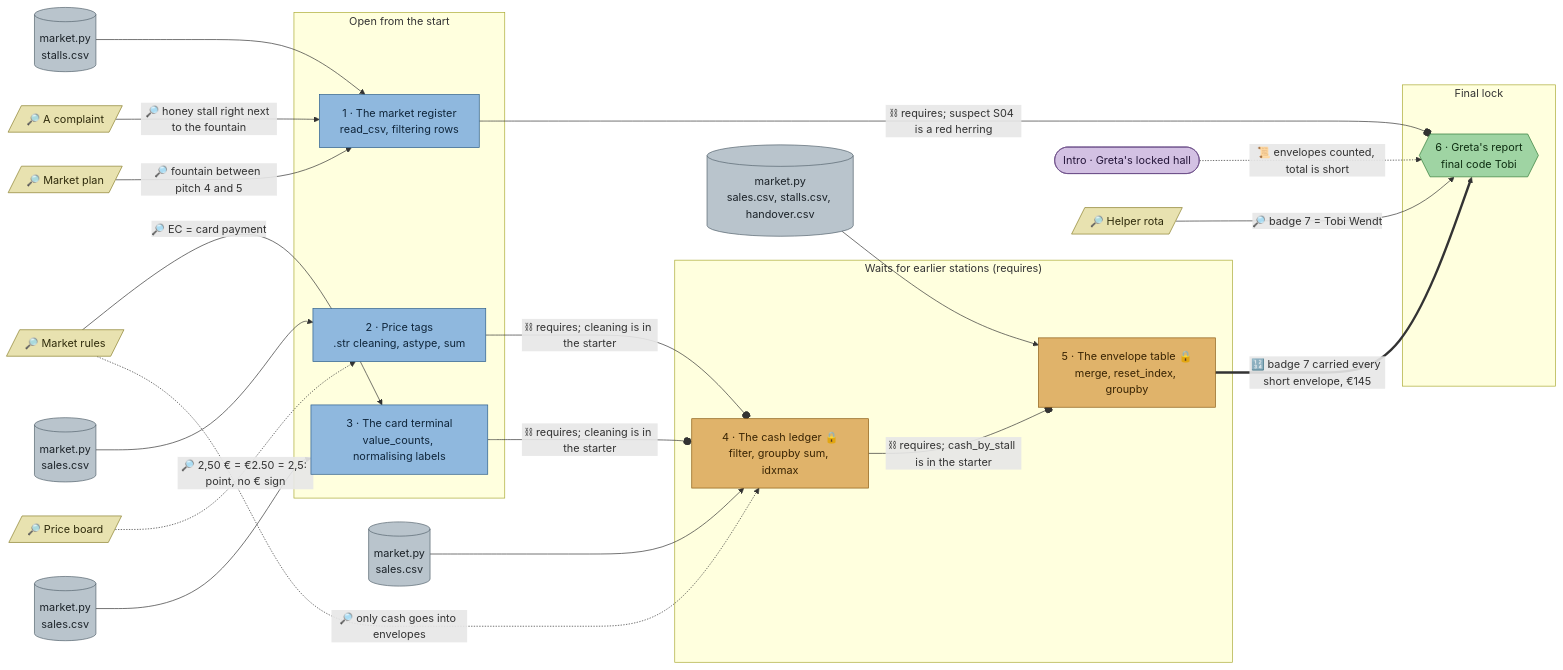
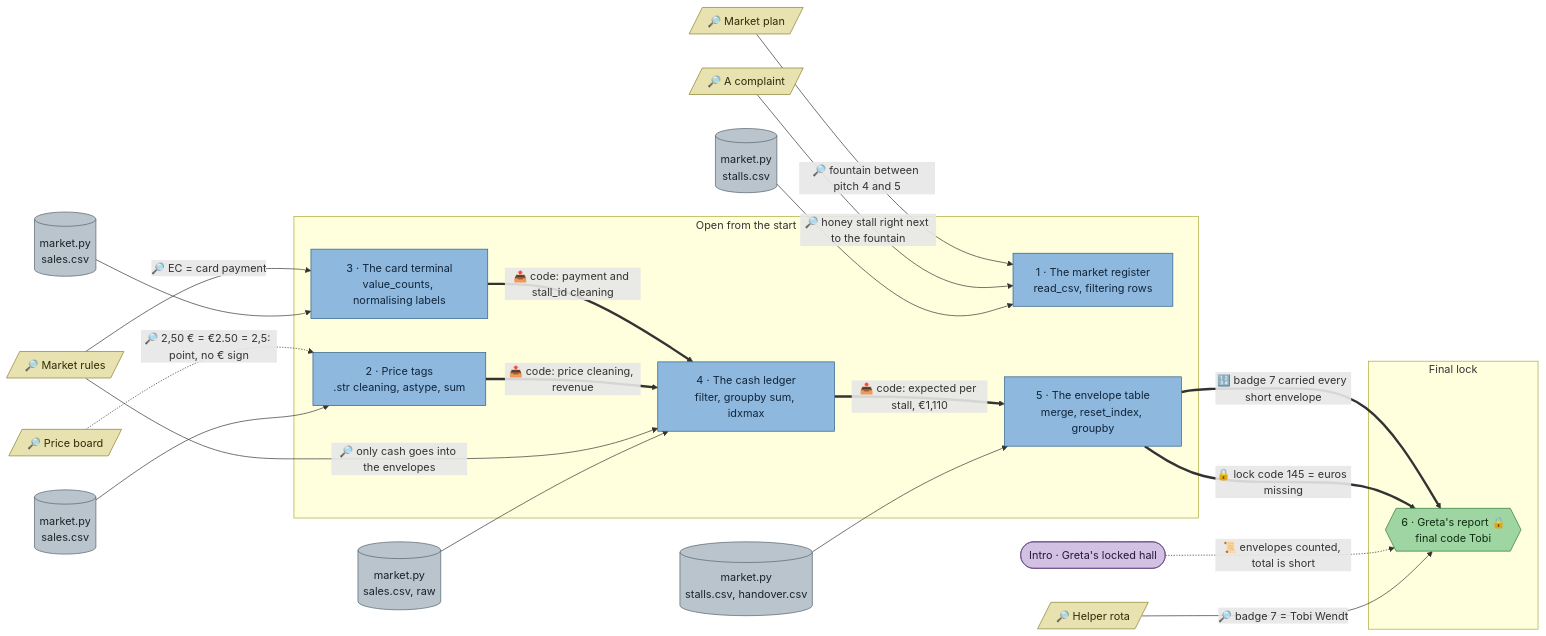
The diagram in docs/flows/pandas-market.md (mhoffmann-wbs/DataScienceEscapeRooms), drawn with Mermaid before and after one commit. The commit also changed other lines of this file and 4 other files, not shown here.

Commit message:
Market Day: ledger and envelopes need the earlier stations' code; report behind a code lock

````diff
--- a/docs/flows/pandas-market.md
+++ b/docs/flows/pandas-market.md
@@ -5,65 +5,60 @@
 ```mermaid
 flowchart LR
   intro(["Intro · Greta's locked hall"])
 
   marketplan[/"🔎 Market plan"/]
   complaint[/"🔎 A complaint"/]
   priceboard[/"🔎 Price board"/]
   marketrules[/"🔎 Market rules"/]
   rota[/"🔎 Helper rota"/]
 
   d_register[("market.py<br/>stalls.csv")]
   d_pricetags[("market.py<br/>sales.csv")]
   d_cardterminal[("market.py<br/>sales.csv")]
-  d_ledger[("market.py<br/>sales.csv")]
-  d_envelopes[("market.py<br/>sales.csv, stalls.csv, handover.csv")]
+  d_ledger[("market.py<br/>sales.csv, raw")]
+  d_envelopes[("market.py<br/>stalls.csv, handover.csv")]
 
   subgraph p1["Open from the start"]
     register["1 · The market register<br/>read_csv, filtering rows"]
     pricetags["2 · Price tags<br/>.str cleaning, astype, sum"]
     cardterminal["3 · The card terminal<br/>value_counts, normalising labels"]
-  end
-
-  subgraph p2["Waits for earlier stations (requires)"]
-    ledger["4 · The cash ledger 🔒<br/>filter, groupby sum, idxmax"]
-    envelopes["5 · The envelope table 🔒<br/>merge, reset_index, groupby"]
+    ledger["4 · The cash ledger<br/>filter, groupby sum, idxmax"]
+    envelopes["5 · The envelope table<br/>merge, reset_index, groupby"]
   end
 
   subgraph p3["Final lock"]
-    report{{"6 · Greta's report<br/>final code Tobi"}}
+    report{{"6 · Greta's report 🔒<br/>final code Tobi"}}
   end
 
   d_register --> register
   d_pricetags --> pricetags
   d_cardterminal --> cardterminal
   d_ledger --> ledger
   d_envelopes --> envelopes
 
   complaint -->|"🔎 honey stall right next to the fountain"| register
   marketplan -->|"🔎 fountain between pitch 4 and 5"| register
   priceboard -.->|"🔎 2,50 € = €2.50 = 2,5: point, no € sign"| pricetags
   marketrules -->|"🔎 EC = card payment"| cardterminal
-  marketrules -.->|"🔎 only cash goes into envelopes"| ledger
+  marketrules -->|"🔎 only cash goes into the envelopes"| ledger
   rota -->|"🔎 badge 7 = Tobi Wendt"| report
   intro -.->|"📜 envelopes counted, total is short"| report
 
-  pricetags --o|"⛓ requires; cleaning is in the starter"| ledger
-  cardterminal --o|"⛓ requires; cleaning is in the starter"| ledger
-  ledger --o|"⛓ requires; cash_by_stall is in the starter"| envelopes
-  register --o|"⛓ requires; suspect S04 is a red herring"| report
-
-  envelopes ==>|"🔢 badge 7 carried every short envelope, €145"| report
+  pricetags ==>|"📤 code: price cleaning, revenue"| ledger
+  cardterminal ==>|"📤 code: payment and stall_id cleaning"| ledger
+  ledger ==>|"📤 code: expected per stall, €1,110"| envelopes
+  envelopes ==>|"🔒 lock code 145 = euros missing"| report
+  envelopes ==>|"🔢 badge 7 carried every short envelope"| report
 
   classDef station fill:#8fb8de,stroke:#2b5d8a,color:#10263b
   classDef locked fill:#e0b36a,stroke:#8a5a12,color:#3a2504
   classDef clue fill:#e8e2b0,stroke:#8a7f2b,color:#2e2a0b
   classDef data fill:#b9c4cc,stroke:#55636e,color:#1c2329
   classDef final fill:#9fd4a3,stroke:#2f7a36,color:#0f2e12
   classDef intro fill:#d3c1e3,stroke:#6a4c86,color:#25163a
-  class register,pricetags,cardterminal station
-  class ledger,envelopes locked
+  class register,pricetags,cardterminal,ledger,envelopes station
   class marketplan,complaint,priceboard,marketrules,rota clue
   class d_register,d_pricetags,d_cardterminal,d_ledger,d_envelopes data
   class report final
   class intro intro
 ```
````
